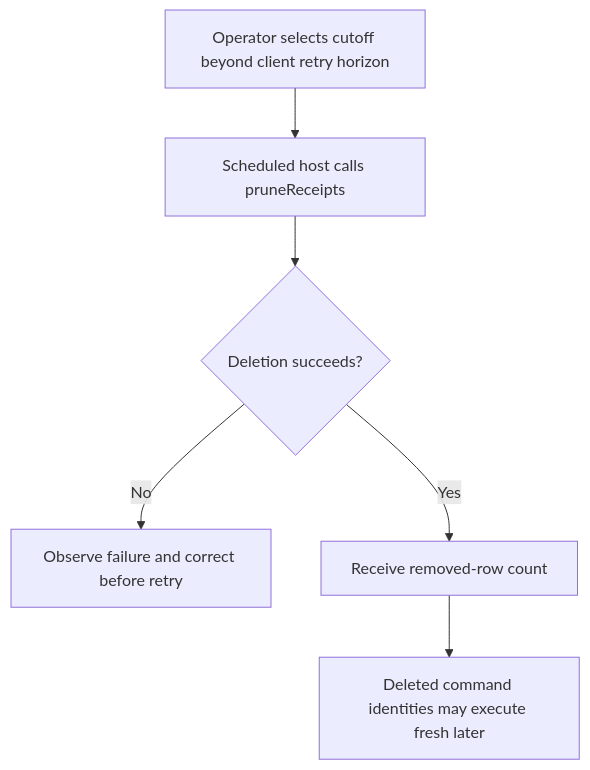
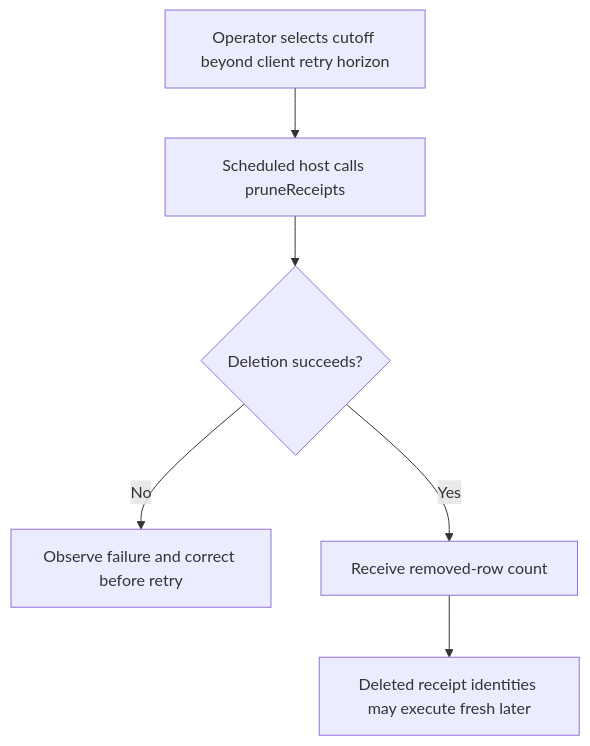
The first of 2 diagrams in user-stories/US-GUARD-05-prune-receipts.md (Kevinjohn/oss-adonisjs-duplicate-request-guard), drawn with Mermaid before and after one commit. The commit also changed 18 other files, not shown here.

````diff
--- a/user-stories/US-GUARD-05-prune-receipts.md
+++ b/user-stories/US-GUARD-05-prune-receipts.md
@@ -21,8 +21,8 @@
 ```mermaid
 flowchart TD
     A["Operator selects cutoff beyond client retry horizon"] --> B["Scheduled host calls pruneReceipts"]
     B --> C{"Deletion succeeds?"}
     C -->|No| D["Observe failure and correct before retry"]
     C -->|Yes| E["Receive removed-row count"]
-    E --> F["Deleted command identities may execute fresh later"]
+    E --> F["Deleted receipt identities may execute fresh later"]
 ```
````
